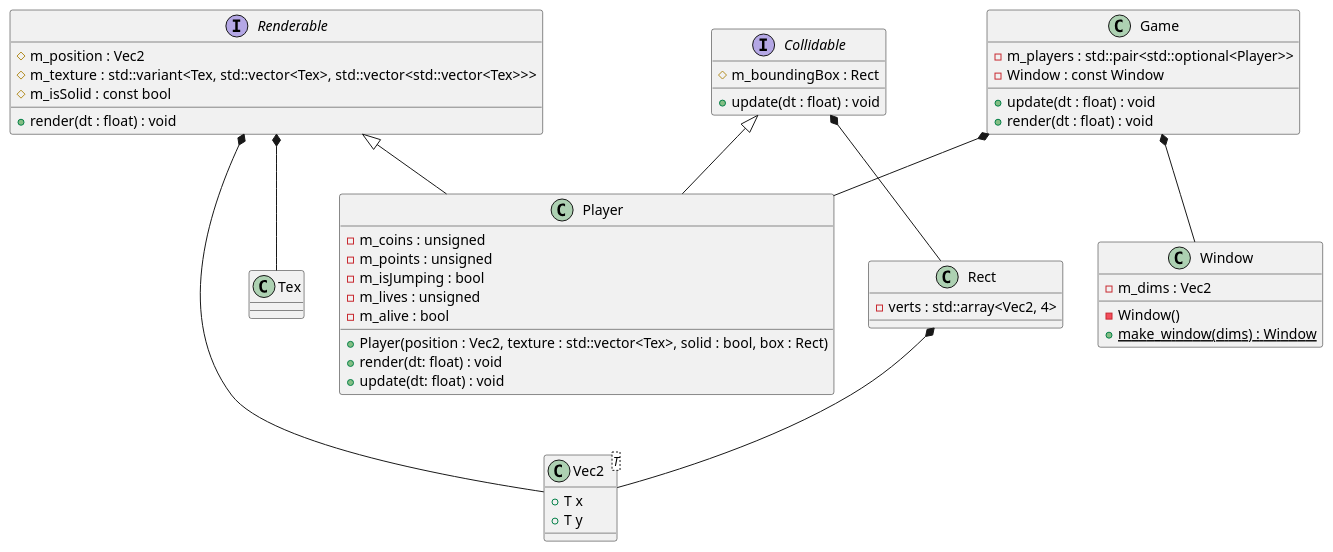
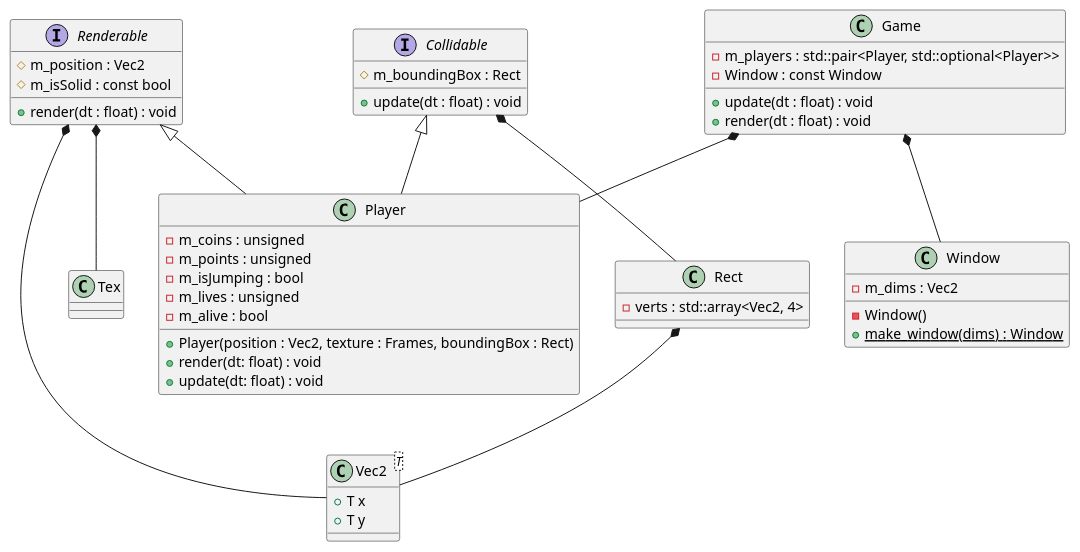
The diagram in Documentation.md (JamesGaier/SDL-Mario), drawn with PlantUML before and after one commit. The commit also changed other lines of this file and 7 other files, not shown here.

````diff
--- a/Documentation.md
+++ b/Documentation.md
@@ -1,66 +3,68 @@
 ```plantuml
+
 
 @startuml
 
 Renderable *-- Vec2
 Renderable *-- Tex
 
+
+
 interface Renderable {
     #m_position : Vec2
-    #m_texture : std::variant<Tex, std::vector<Tex>, std::vector<std::vector<Tex>>>
     #m_isSolid : const bool
     +render(dt : float) : void
 }
 
  Collidable *-- Rect
 
 interface Collidable {
     #m_boundingBox : Rect
     +update(dt : float) : void
 }
 
 Rect *-- Vec2
 
 class Rect {
     -verts : std::array<Vec2, 4>
 }
 
 
 class Vec2<T> {
     +T x
     +T y
 }
 
 Collidable <|-- Player
 Renderable <|-- Player
 
 
 class Player {
     -m_coins : unsigned
     -m_points : unsigned
     -m_isJumping : bool
     -m_lives : unsigned
     -m_alive : bool
-    +Player(position : Vec2, texture : std::vector<Tex>, solid : bool, box : Rect)
+    +Player(position : Vec2, texture : Frames, boundingBox : Rect)
     +render(dt: float) : void
     +update(dt: float) : void
 }
 
 class Window {
     -m_dims : Vec2
     -Window()
     +{static}make_window(dims) : Window
 }
 
 Game *-- Window
 Game *-- Player
 
 class Game {
-    -m_players : std::pair<std::optional<Player>>
+    -m_players : std::pair<Player, std::optional<Player>>
     -Window : const Window
     +update(dt : float) : void
     +render(dt : float) : void
 }
 
 @enduml
 ```
````
